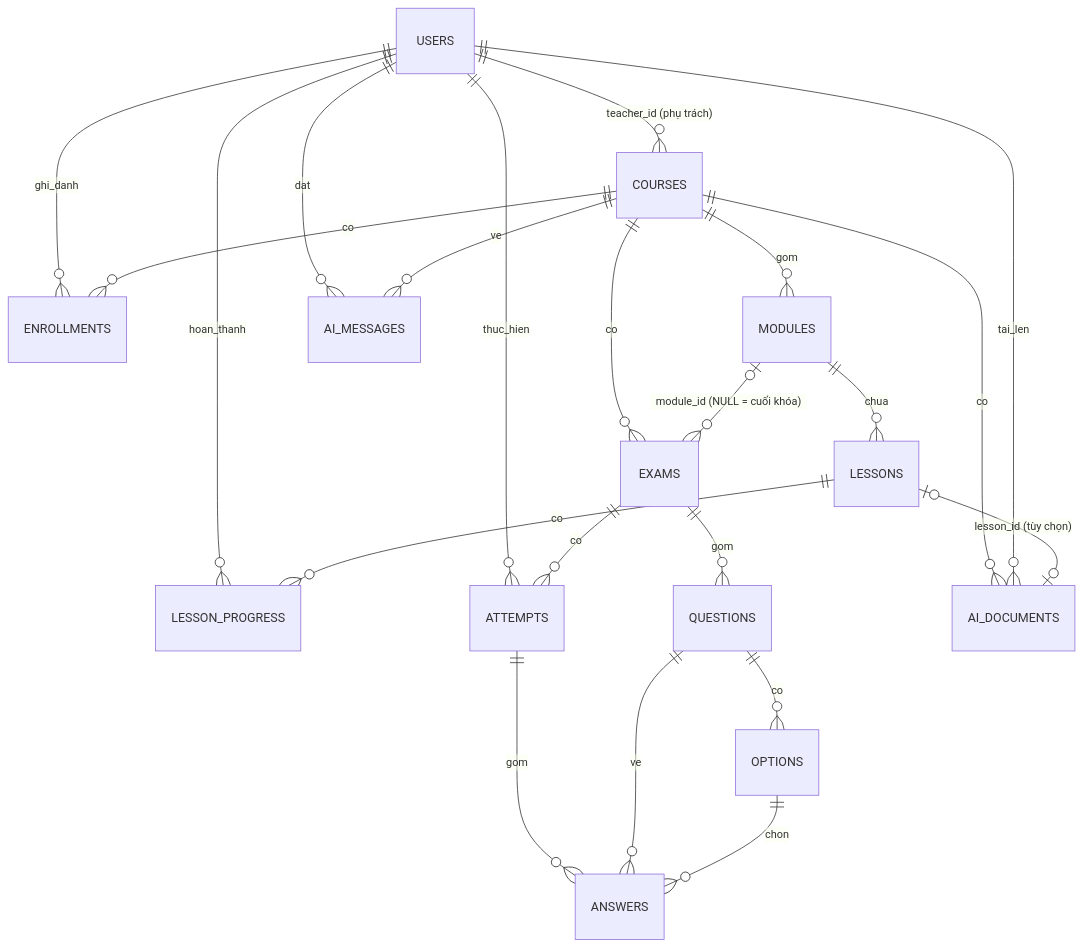
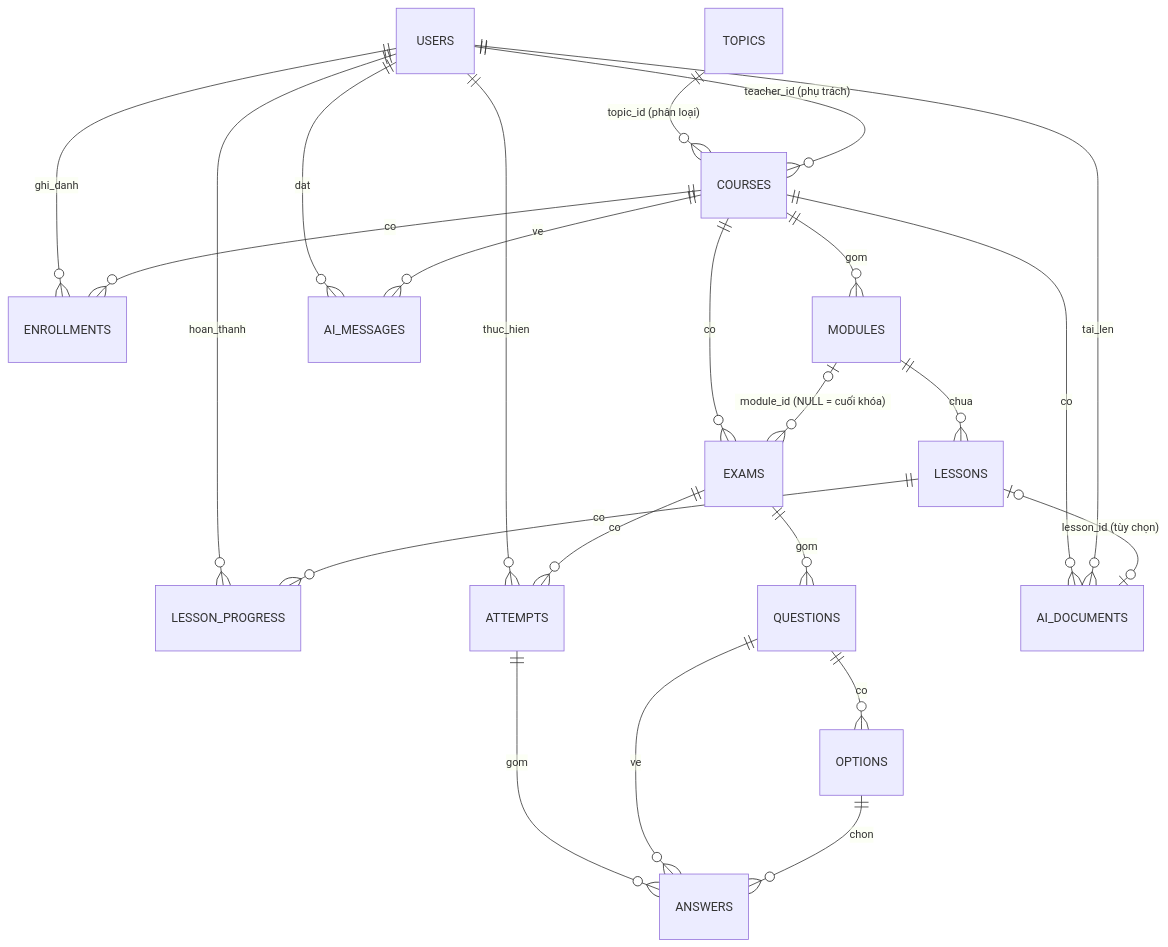
Before and after one commit to lthanhnhan991/devlearn: the diagram in docs/kb/02_ARCHITECTURE/database-erd.md, drawn with Mermaid. The commit also changed other lines of this file and 42 other files, not shown here.

````diff
--- a/docs/kb/02_ARCHITECTURE/database-erd.md
+++ b/docs/kb/02_ARCHITECTURE/database-erd.md
@@ -15,24 +15,25 @@
 ```mermaid
 erDiagram
+  TOPICS ||--o{ COURSES : "topic_id (phân loại)"
   USERS ||--o{ COURSES : "teacher_id (phụ trách)"
   USERS ||--o{ ENROLLMENTS : ghi_danh
   COURSES ||--o{ ENROLLMENTS : co
   COURSES ||--o{ MODULES : gom
   MODULES ||--o{ LESSONS : chua
   USERS ||--o{ LESSON_PROGRESS : hoan_thanh
   LESSONS ||--o{ LESSON_PROGRESS : co
   COURSES ||--o{ EXAMS : co
   MODULES |o--o{ EXAMS : "module_id (NULL = cuối khóa)"
   EXAMS ||--o{ QUESTIONS : gom
   QUESTIONS ||--o{ OPTIONS : co
   USERS ||--o{ ATTEMPTS : thuc_hien
   EXAMS ||--o{ ATTEMPTS : co
   ATTEMPTS ||--o{ ANSWERS : gom
   QUESTIONS ||--o{ ANSWERS : ve
   OPTIONS ||--o{ ANSWERS : chon
   COURSES ||--o{ AI_DOCUMENTS : co
   USERS ||--o{ AI_DOCUMENTS : tai_len
   LESSONS |o--o| AI_DOCUMENTS : "lesson_id (tùy chọn)"
   USERS ||--o{ AI_MESSAGES : dat
   COURSES ||--o{ AI_MESSAGES : ve
 ```
````
